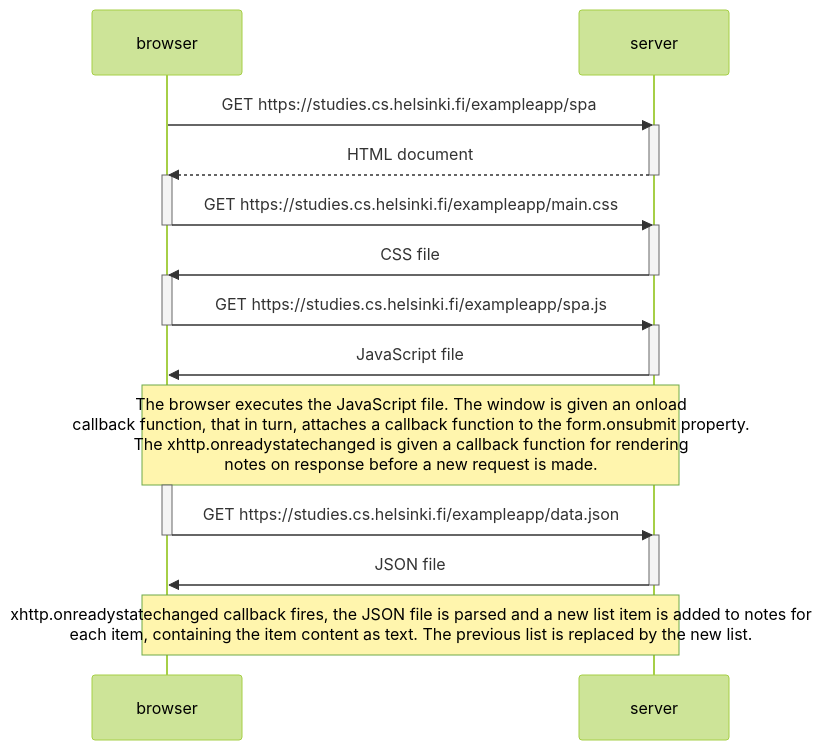
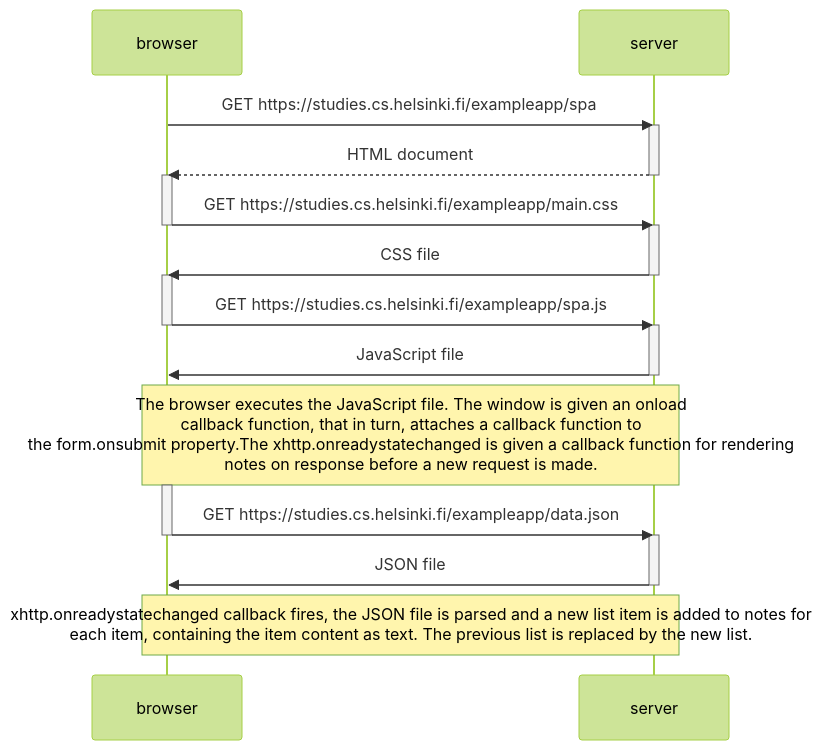
One commit to Willowfang/FullStackOpen changed the second of 2 diagrams in osa0/README.md. Above: the diagram before and after it, drawn with Mermaid (forest theme).

````diff
--- a/osa0/README.md
+++ b/osa0/README.md
@@ -53,39 +53,39 @@
 ```mermaid
 sequenceDiagram
     participant browser
     participant server
 
     browser->>server: GET https://studies.cs.helsinki.fi/exampleapp/spa
 
     activate server
     server-->>browser: HTML document
     deactivate server
 
     activate browser
     browser->>server: GET https://studies.cs.helsinki.fi/exampleapp/main.css
     deactivate browser
 
     activate server
     server->>browser: CSS file
     deactivate server
 
     activate browser
     browser->>server: GET https://studies.cs.helsinki.fi/exampleapp/spa.js
     deactivate browser
 
     activate server
     server->>browser: JavaScript file
     deactivate server
 
-    Note over browser,server: The browser executes the JavaScript file. The window is given an onload<br/>callback function, that in turn, attaches a callback function to the form.onsubmit property.<br/>The xhttp.onreadystatechanged is given a callback function for rendering<br/> notes on response before a new request is made.
+    Note over browser,server: The browser executes the JavaScript file. The window is given an onload<br/>callback function, that in turn, attaches a callback function to<br/> the form.onsubmit property.The xhttp.onreadystatechanged is given a callback function for rendering<br/> notes on response before a new request is made.
 
     activate browser
     browser->>server: GET https://studies.cs.helsinki.fi/exampleapp/data.json
     deactivate browser
 
     activate server
     server->>browser: JSON file
     deactivate server
 
     Note over browser,server: xhttp.onreadystatechanged callback fires, the JSON file is parsed and a new list item is added to notes for<br/>each item, containing the item content as text. The previous list is replaced by the new list.
 ```
````
